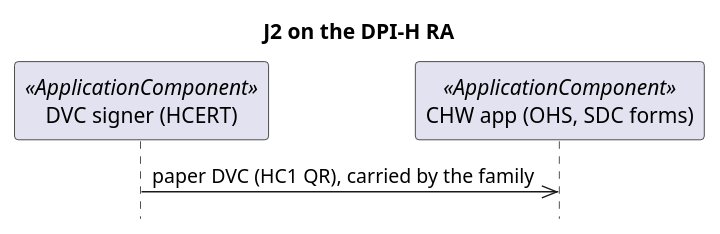
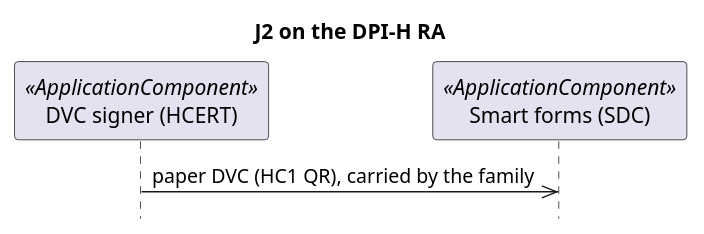
The ninth of 11 diagrams in archimate/0.1.0/sequences.puml (litlfred/smart-trust-demo), drawn with PlantUML before and after one commit. The commit also changed other lines of this file and 1675 other files, not shown here.

```diff
--- a/archimate/0.1.0/sequences.puml
+++ b/archimate/0.1.0/sequences.puml
@@ -145,8 +145,8 @@
 @startuml
 ' J2 on the DPI-H RA (id-099b088dc52f57289c647bfb64e8c4d6): sequence diagram, derived by archimate-diagrams. Do not edit.
 title J2 on the DPI-H RA
 hide footbox
 participant "DVC signer (HCERT)" as id_b8885086e3c95a88ba3a7972fcde0f2d <<ApplicationComponent>>
-participant "CHW app (OHS, SDC forms)" as id_9cf65fade07d53ffbb3e88d415819366 <<ApplicationComponent>>
+participant "Smart forms (SDC)" as id_9cf65fade07d53ffbb3e88d415819366 <<ApplicationComponent>>
 id_b8885086e3c95a88ba3a7972fcde0f2d ->> id_9cf65fade07d53ffbb3e88d415819366 : paper DVC (HC1 QR), carried by the family
 @enduml
```
